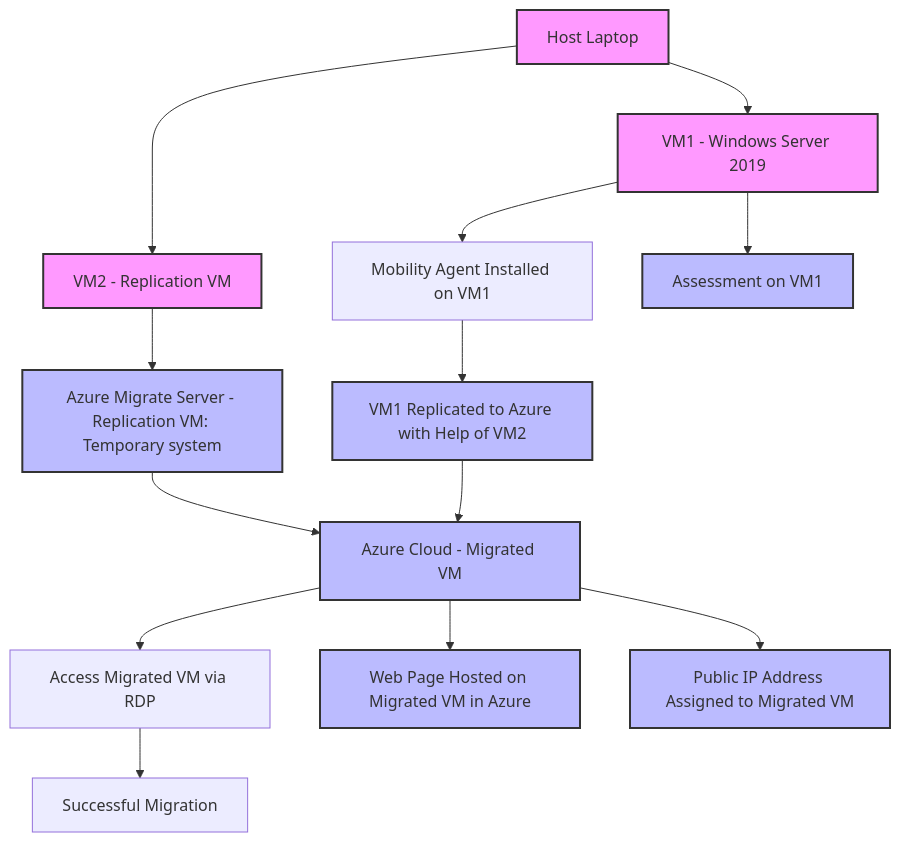
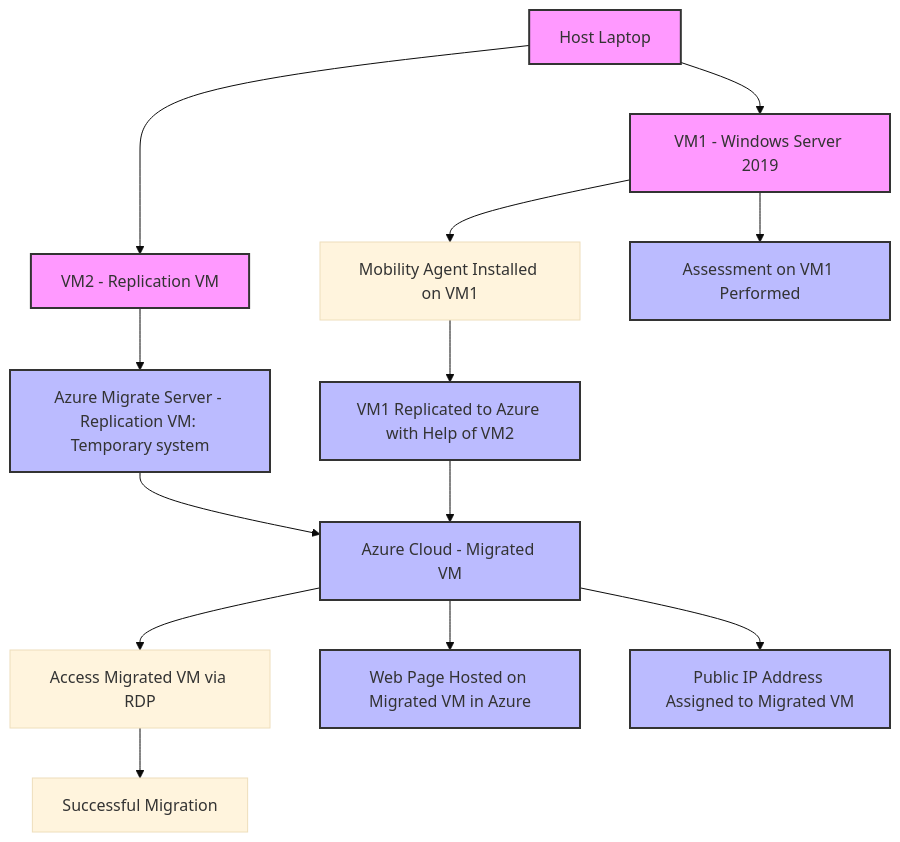
One commit to Klamichhane738/CST8913_010-Cloud-Migration_Lab changed the diagram in Lab 10/Reflection.md. Above: the diagram before and after it, drawn with Mermaid.

````diff
--- a/Lab 10/Reflection.md
+++ b/Lab 10/Reflection.md
@@ -5,25 +5,26 @@
 ```mermaid
-%%{init: {'themeVariables': {'graphMargin': '20', 'nodeSpacing': '30', 'rankSpacing': '30'}}}%%
+%%{init: {'theme': 'base', 'themeVariables': {'nodeSpacing': '20', 'rankSpacing': '20', 'fontSize': '12', 'graphMargin': '10'}}}%%
 graph TD
     A[Host Laptop] --> B[VM1 - Windows Server 2019]
     A[Host Laptop] --> C[VM2 - Replication VM]
     B --> D[Mobility Agent Installed on VM1]
     D --> E[VM1 Replicated to Azure with Help of VM2]
     C --> F[Azure Migrate Server - Replication VM: Temporary system]
     F --> G[Azure Cloud - Target VM]
     E --> G[Azure Cloud - Migrated VM]
     G --> H[Access Migrated VM via RDP]
     H --> I[Successful Migration]
     
-    B --> J[Assessment on VM1]
+    B --> J[Assessment on VM1 Performed]
     G --> K[Web Page Hosted on Migrated VM in Azure]
     G --> M[Public IP Address Assigned to Migrated VM]
     
     classDef server fill:#f9f,stroke:#333,stroke-width:2px;
     class A,B,C server;
     classDef cloud fill:#bbf,stroke:#333,stroke-width:2px;
     class E,F,G cloud;
     classDef action fill:#bbf,stroke:#333,stroke-width:2px;
     class J,K,L,M action;
 
+
 ```
````
